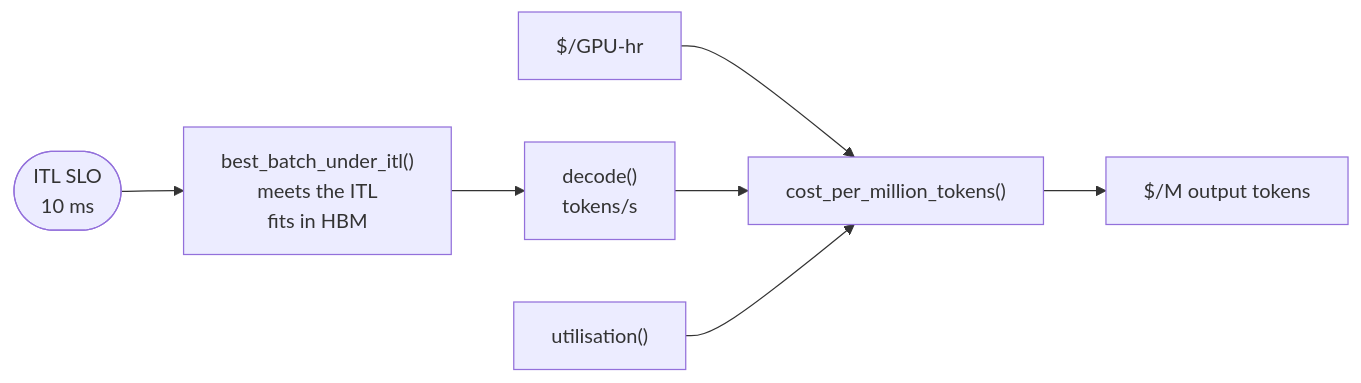
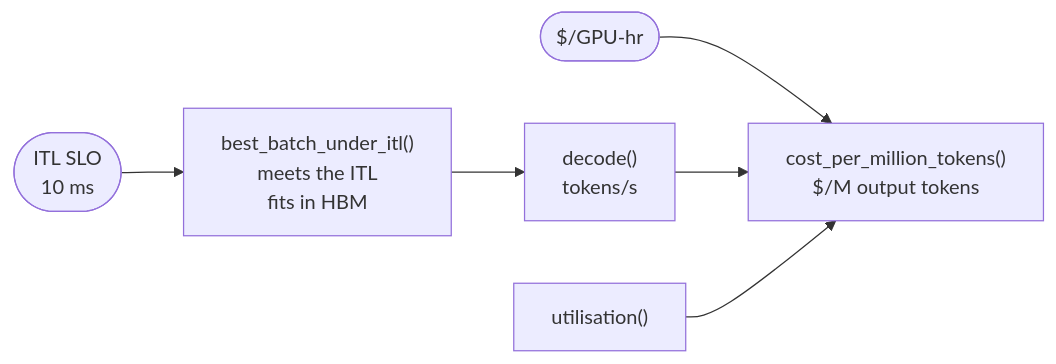
Before and after one commit to aniryou/full-stack-agentic-engineer: the diagram in 01-hardware-gpu-fabric/roofline-and-fabric/PRIMER.md, drawn with Mermaid. The commit also changed other lines of this file and 211 other files, not shown here.

````diff
--- a/01-hardware-gpu-fabric/roofline-and-fabric/PRIMER.md
+++ b/01-hardware-gpu-fabric/roofline-and-fabric/PRIMER.md
@@ -789,9 +801,8 @@
 ```mermaid
 flowchart LR
   SLO(["ITL SLO<br/>10 ms"]) --> B["best_batch_under_itl()<br/>meets the ITL<br/>fits in HBM"]
   B --> T["decode()<br/>tokens/s"]
-  P["$/GPU-hr"] --> C
-  T --> C["cost_per_million_tokens()"]
+  P(["$/GPU-hr"]) --> C
+  T --> C["cost_per_million_tokens()<br/>$/M output tokens"]
   U["utilisation()"] --> C
-  C --> R["$/M output tokens"]
 ```
````
